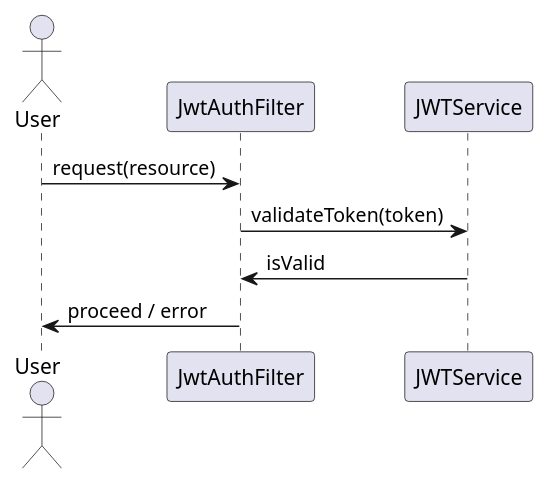
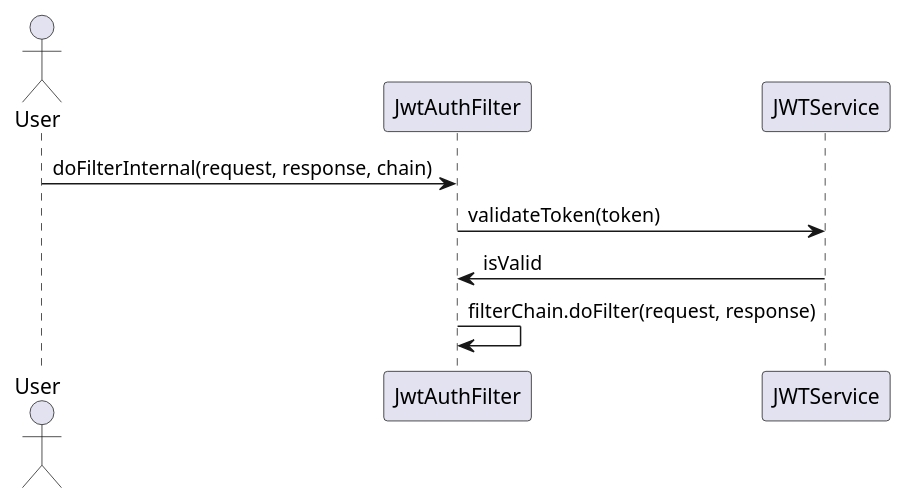
One commit to Dinesh-s95/AutoDoc.ai changed the third of 5 diagrams in identityprovider/documentation/detaileddesign.adoc. Above: the diagram before and after it, drawn with PlantUML. The commit also changed other lines of this file and 2 other files, not shown here.

````diff
--- a/identityprovider/documentation/detaileddesign.adoc
+++ b/identityprovider/documentation/detaileddesign.adoc
@@ -167,13 +210,12 @@
-[plantuml, jwt-validation-sequence, png]
-----
+```plantuml
 @startuml
-actor User
-participant JwtAuthFilter
-participant JWTService
+actor "User" as user
+participant "JwtAuthFilter" as filter
+participant "JWTService" as jwt
 
-User -> JwtAuthFilter : request(resource)
-JwtAuthFilter -> JWTService : validateToken(token)
-JWTService -> JwtAuthFilter : isValid
-JwtAuthFilter -> User : proceed / error
+user -> filter : doFilterInternal(request, response, chain)
+filter -> jwt : validateToken(token)
+jwt -> filter : isValid
+filter -> filter : filterChain.doFilter(request, response)
 @enduml
-----
+```
````
